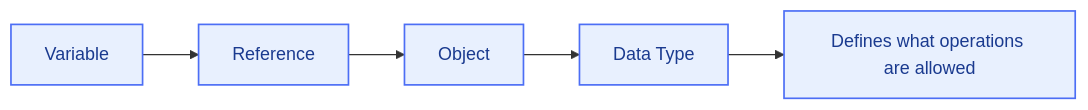
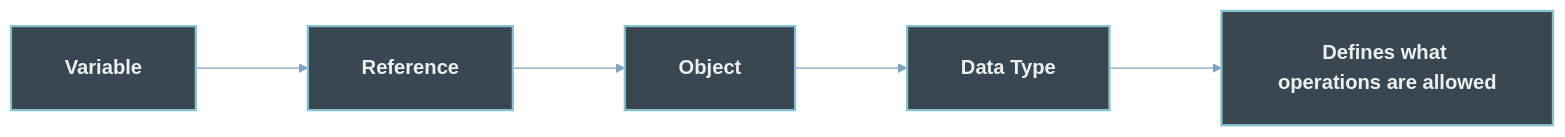
The ninth of 9 diagrams in 01_ Python_For_ Agentic_ Ai/01 Data types/Readme.md (maliksiddiq/learning-agentic-ai), drawn with Mermaid before and after one commit. The commit also changed other lines of this file, not shown here.

````diff
--- a/01_ Python_For_ Agentic_ Ai/01 Data types/Readme.md
+++ b/01_ Python_For_ Agentic_ Ai/01 Data types/Readme.md
@@ -828,8 +838,9 @@
 ```mermaid
+%%{init: {'theme': 'base', 'themeVariables': {'background': '#2E3440', 'primaryColor': '#3B4252', 'primaryTextColor': '#ECEFF4', 'primaryBorderColor': '#88C0D0', 'lineColor': '#81A1C1', 'edgeLabelBackground': '#3B4252', 'fontSize': '18px', 'fontFamily': 'Segoe UI, Arial, sans-serif'}, 'flowchart': {'useMaxWidth': true, 'htmlLabels': true, 'nodeSpacing': 70, 'rankSpacing': 100, 'curve': 'basis', 'padding': 24}} }%%
 flowchart LR
     V["Variable"] --> R["Reference"] --> O["Object"] --> T["Data Type"]
     T --> Rules["Defines what operations are allowed"]
 
-    classDef step fill:#E8F0FE,color:#1A3A8F,stroke:#4C6EF5,stroke-width:1.5px
+    classDef step fill:#3A4750,color:#ECEFF4,stroke:#88C0D0,stroke-width:2px,font-weight:600
     class V,R,O,T,Rules step
 ```
````
